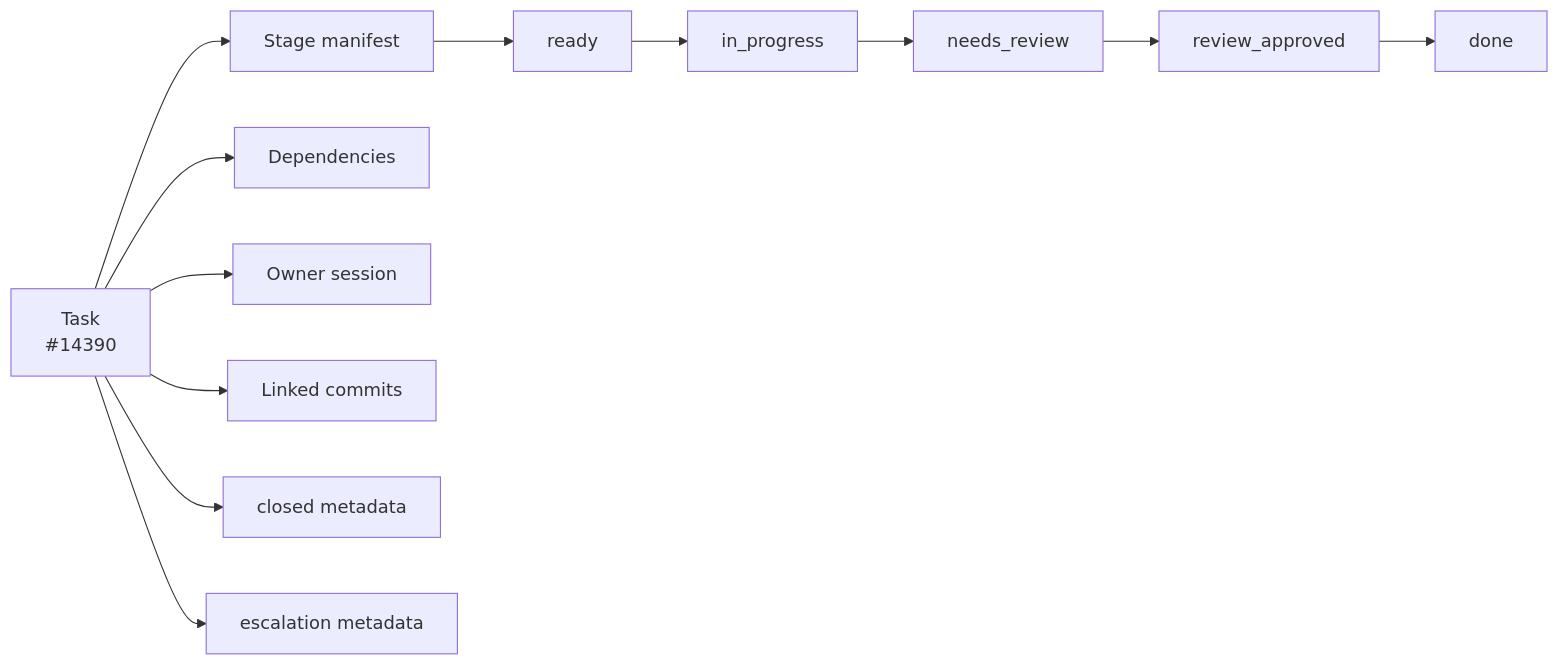
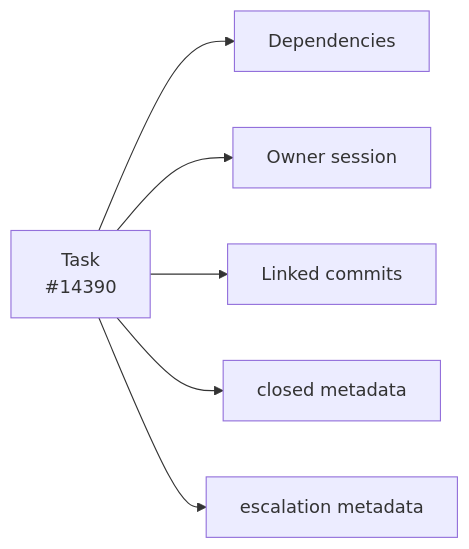
The diagram in docs/guides/tasks.md (GobbyAI/gobby), drawn with Mermaid before and after one commit. The commit also changed other lines of this file and 28 other files, not shown here.

````diff
--- a/docs/guides/tasks.md
+++ b/docs/guides/tasks.md
@@ -12,16 +12,9 @@
 ```mermaid
 flowchart LR
-    Task["Task<br/>#14390"] --> Manifest["Stage manifest"]
-    Task --> Dependencies["Dependencies"]
+    Task["Task<br/>#14390"] --> Dependencies["Dependencies"]
     Task --> Owner["Owner session"]
     Task --> Commits["Linked commits"]
-
-    Manifest --> Ready["ready"]
-    Ready --> InProgress["in_progress"]
-    InProgress --> NeedsReview["needs_review"]
-    NeedsReview --> ReviewApproved["review_approved"]
-    ReviewApproved --> Done["done"]
 
     Task --> Closed["closed metadata"]
     Task --> Escalated["escalation metadata"]
 ```
````
